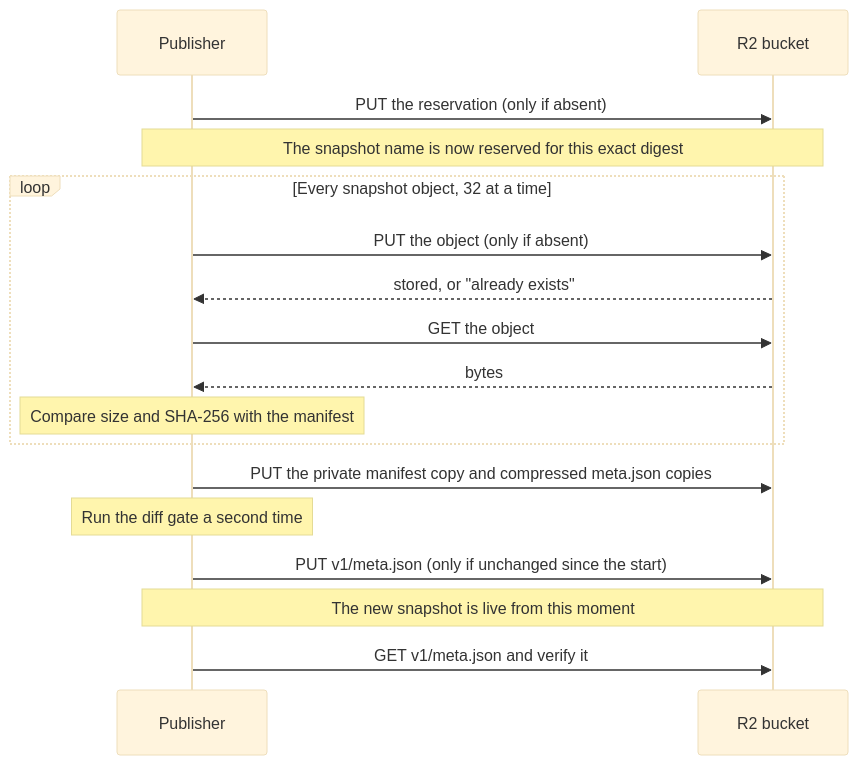
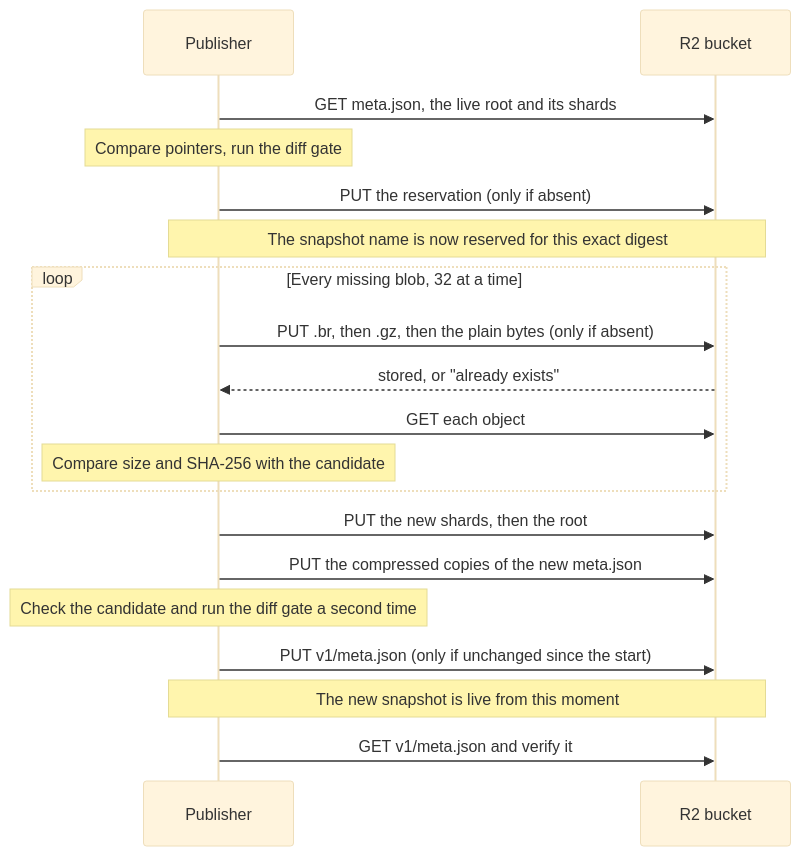
Before and after one commit to schalkneethling/bcd-embed: the third of 3 diagrams in apps/website/src/content/docs/publication.md, drawn with Mermaid (base theme). The commit also changed other lines of this file and 36 other files, not shown here.

First line of the commit message:
Publish only what the live snapshot lacks (#138)

````diff
--- a/apps/website/src/content/docs/publication.md
+++ b/apps/website/src/content/docs/publication.md
@@ -108,27 +157,29 @@
 ```mermaid
 ---
 config:
   sequence:
     actorMargin: 100
 ---
 sequenceDiagram
     participant P as Publisher
     participant R as R2 bucket
 
+    P->>R: GET meta.json, the live root and its shards
+    Note over P: Compare pointers, run the diff gate
     P->>R: PUT the reservation (only if absent)
     Note over P,R: The snapshot name is now reserved for this exact digest
 
-    loop Every snapshot object, 32 at a time
-        P->>R: PUT the object (only if absent)
+    loop Every missing blob, 32 at a time
+        P->>R: PUT .br, then .gz, then the plain bytes (only if absent)
         R-->>P: stored, or "already exists"
-        P->>R: GET the object
-        R-->>P: bytes
-        Note over P: Compare size and SHA-256 with the manifest
+        P->>R: GET each object
+        Note over P: Compare size and SHA-256 with the candidate
     end
 
-    P->>R: PUT the private manifest copy and compressed meta.json copies
-    Note over P: Run the diff gate a second time
+    P->>R: PUT the new shards, then the root
+    P->>R: PUT the compressed copies of the new meta.json
+    Note over P: Check the candidate and run the diff gate a second time
     P->>R: PUT v1/meta.json (only if unchanged since the start)
     Note over P,R: The new snapshot is live from this moment
     P->>R: GET v1/meta.json and verify it
 ```
````
